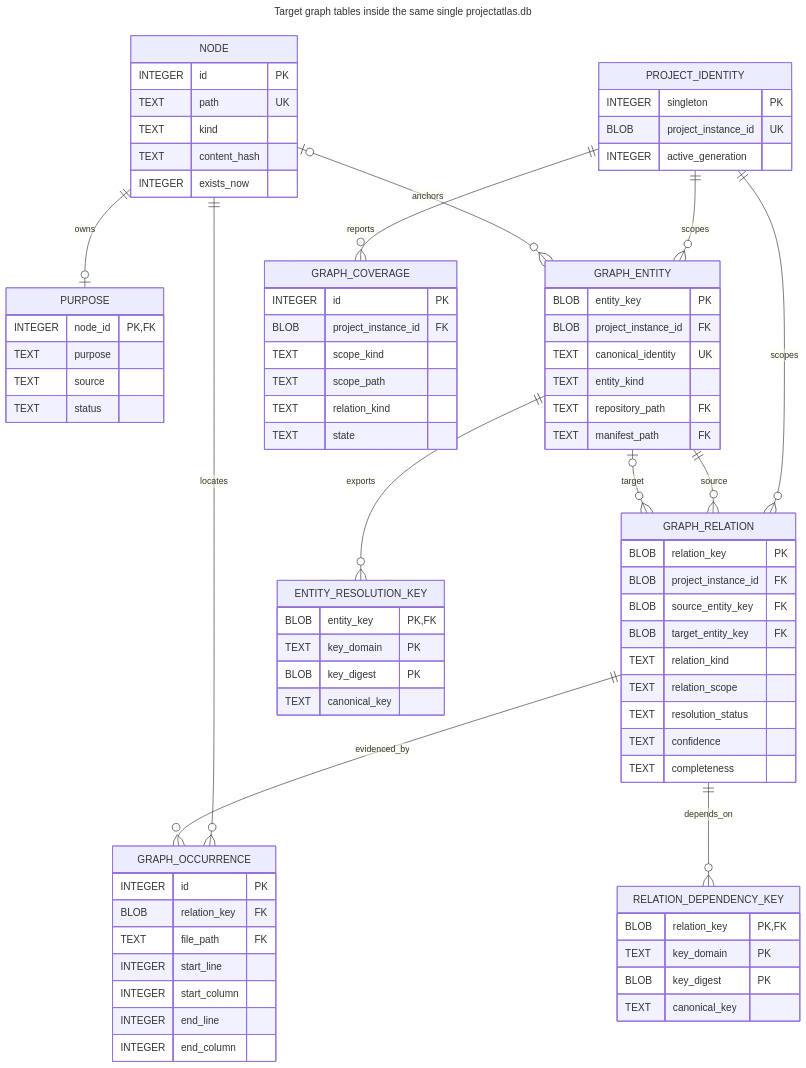
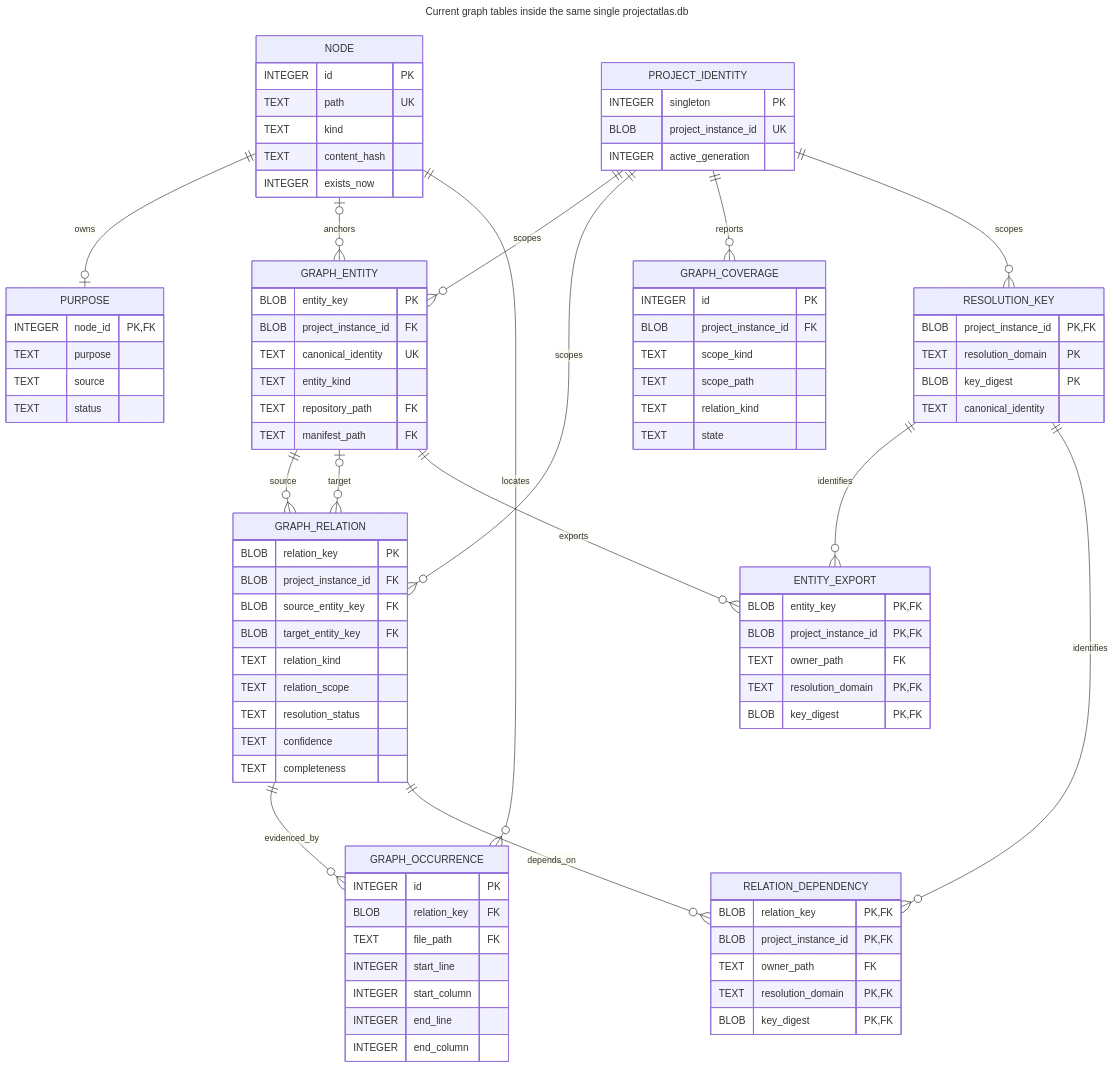
The fourth of 18 diagrams in docs/projectatlas-3-architecture.md (styler-ai/ProjectAtlas), drawn with Mermaid before and after one commit. The commit also changed other lines of this file and 96 other files, not shown here.

````diff
--- a/docs/projectatlas-3-architecture.md
+++ b/docs/projectatlas-3-architecture.md
@@ -399,6 +420,6 @@
 ```mermaid
 ---
-title: Target graph tables inside the same single projectatlas.db
+title: Current graph tables inside the same single projectatlas.db
 ---
 erDiagram
     PROJECT_IDENTITY {
@@ -455,28 +476,39 @@
         TEXT relation_kind
         TEXT state
     }
-    ENTITY_RESOLUTION_KEY {
+    RESOLUTION_KEY {
+        BLOB project_instance_id PK,FK
+        TEXT resolution_domain PK
+        BLOB key_digest PK
+        TEXT canonical_identity
+    }
+    ENTITY_EXPORT {
         BLOB entity_key PK,FK
-        TEXT key_domain PK
-        BLOB key_digest PK
-        TEXT canonical_key
+        BLOB project_instance_id PK,FK
+        TEXT owner_path FK
+        TEXT resolution_domain PK,FK
+        BLOB key_digest PK,FK
     }
-    RELATION_DEPENDENCY_KEY {
+    RELATION_DEPENDENCY {
         BLOB relation_key PK,FK
-        TEXT key_domain PK
-        BLOB key_digest PK
-        TEXT canonical_key
+        BLOB project_instance_id PK,FK
+        TEXT owner_path FK
+        TEXT resolution_domain PK,FK
+        BLOB key_digest PK,FK
     }
 
     PROJECT_IDENTITY ||--o{ GRAPH_ENTITY : scopes
     PROJECT_IDENTITY ||--o{ GRAPH_RELATION : scopes
     PROJECT_IDENTITY ||--o{ GRAPH_COVERAGE : reports
+    PROJECT_IDENTITY ||--o{ RESOLUTION_KEY : scopes
     NODE ||--o| PURPOSE : owns
     NODE o|--o{ GRAPH_ENTITY : anchors
     NODE ||--o{ GRAPH_OCCURRENCE : locates
     GRAPH_ENTITY ||--o{ GRAPH_RELATION : source
     GRAPH_ENTITY o|--o{ GRAPH_RELATION : target
-    GRAPH_ENTITY ||--o{ ENTITY_RESOLUTION_KEY : exports
+    GRAPH_ENTITY ||--o{ ENTITY_EXPORT : exports
+    RESOLUTION_KEY ||--o{ ENTITY_EXPORT : identifies
     GRAPH_RELATION ||--o{ GRAPH_OCCURRENCE : evidenced_by
-    GRAPH_RELATION ||--o{ RELATION_DEPENDENCY_KEY : depends_on
+    GRAPH_RELATION ||--o{ RELATION_DEPENDENCY : depends_on
+    RESOLUTION_KEY ||--o{ RELATION_DEPENDENCY : identifies
 ```
````
